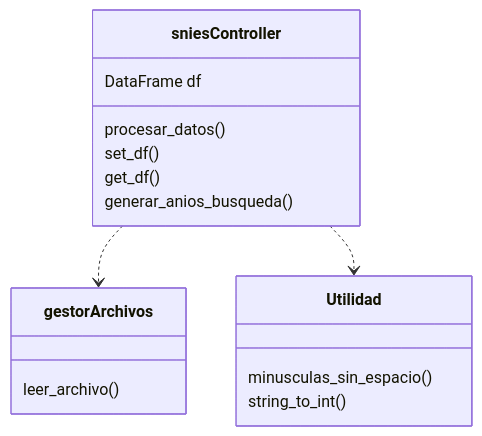
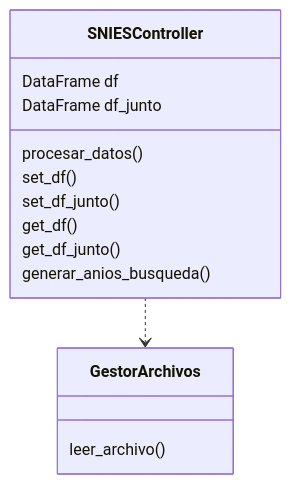
Before and after one commit to 300CIS017-Object-Oriented-Programming/proyecto-3-syntax_pro_trump: the diagram in README.md, drawn with Mermaid. The commit also changed other lines of this file, not shown here.

````diff
--- a/README.md
+++ b/README.md
@@ -5,23 +22,20 @@
 ```mermaid
 classDiagram
 direction TB
-    sniesController ..> gestorArchivos
-    sniesController ..> Utilidad
+    SNIESController ..> GestorArchivos
 
-    class gestorArchivos {
+    class GestorArchivos {
         leer_archivo()
     }
     
-    class sniesController {
+    class SNIESController {
         DataFrame df
+        DataFrame df_junto
         procesar_datos()
         set_df()
+        set_df_junto()
         get_df()
+        get_df_junto()
         generar_anios_busqueda()
     }
-    
-    class Utilidad {
-        minusculas_sin_espacio()
-        string_to_int()
-    }
 ```
````
